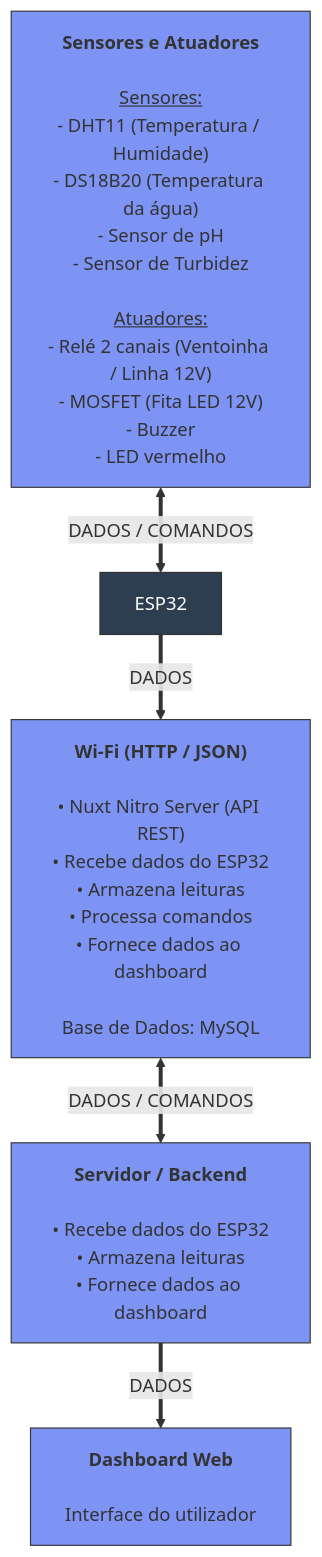
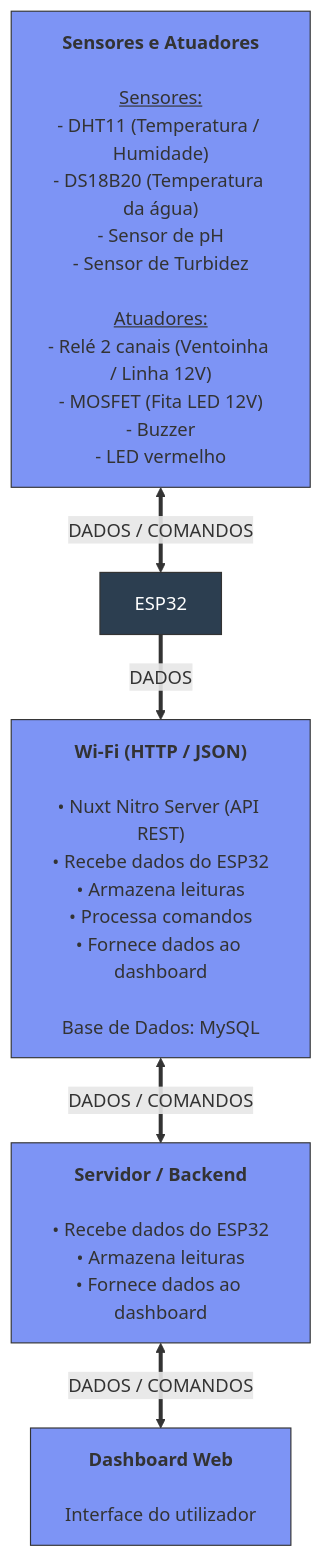
Before and after one commit to RuiOuteiro/AquaSense: the diagram in Documentacao/3aEntrega/README.md, drawn with Mermaid.

````diff
--- a/Documentacao/3aEntrega/README.md
+++ b/Documentacao/3aEntrega/README.md
@@ -45,26 +45,26 @@
 ```mermaid
 graph TD
     %% Node Definitions
     SA["<b>Sensores e Atuadores</b><br/><br/><u>Sensores:</u><br/>- DHT11 (Temperatura / Humidade)<br/>- DS18B20 (Temperatura da água)<br/>- Sensor de pH<br/>- Sensor de Turbidez<br/><br/><u>Atuadores:</u><br/>- Relé 2 canais (Ventoinha / Linha 12V)<br/>- MOSFET (Fita LED 12V)<br/>- Buzzer<br/>- LED vermelho"]
     
     ESP32[ESP32]
     
     WF["<b>Wi-Fi (HTTP / JSON)</b><br/><br/>• Nuxt Nitro Server (API REST)<br/>• Recebe dados do ESP32<br/>• Armazena leituras<br/>• Processa comandos<br/>• Fornece dados ao dashboard<br/><br/>Base de Dados: MySQL"]
     
     SB["<b>Servidor / Backend</b><br/><br/>• Recebe dados do ESP32<br/>• Armazena leituras<br/>• Fornece dados ao dashboard"]
     
     DW["<b>Dashboard Web</b><br/><br/>Interface do utilizador"]
 
     %% Connections with Arrows and Labels
     SA <== "DADOS / COMANDOS" ==> ESP32
     ESP32 ==>|DADOS| WF
     WF <== "DADOS / COMANDOS" ==> SB
-    SB ==>|DADOS| DW
+    SB <== "DADOS / COMANDOS" ==> DW
 
     %% Styling
     style SA fill:#7d94f5,stroke:#333,stroke-width:1px
     style ESP32 fill:#2c3e50,stroke:#333,stroke-width:1px,color:#fff
     style WF fill:#7d94f5,stroke:#333,stroke-width:1px
     style SB fill:#7d94f5,stroke:#333,stroke-width:1px
     style DW fill:#7d94f5,stroke:#333,stroke-width:1px
 ```
````
